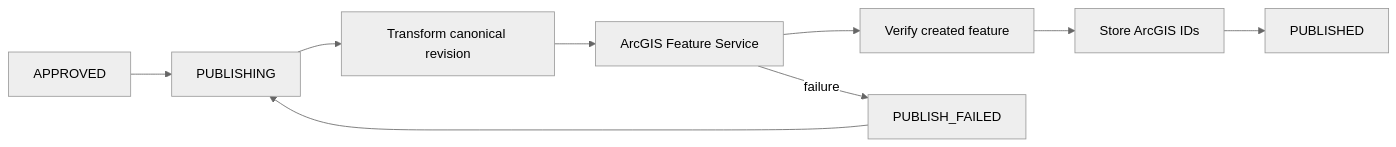
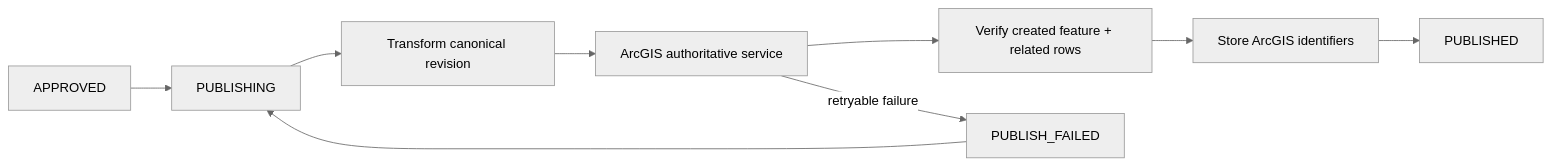
The second of 2 diagrams in docs/NEXT_MOVES.md (UnbrokenMango21/watershed-water-quality-dashboard), drawn with Mermaid (neutral theme) before and after one commit. The commit also changed other lines of this file, not shown here.

````diff
--- a/docs/NEXT_MOVES.md
+++ b/docs/NEXT_MOVES.md
@@ -142,11 +142,11 @@
 ```mermaid
 flowchart LR
     A[APPROVED] --> B[PUBLISHING]
     B --> C[Transform canonical revision]
-    C --> D[ArcGIS Feature Service]
-    D --> E[Verify created feature]
-    E --> F[Store ArcGIS IDs]
+    C --> D[ArcGIS authoritative service]
+    D --> E[Verify created feature + related rows]
+    E --> F[Store ArcGIS identifiers]
     F --> G[PUBLISHED]
-    D -->|failure| H[PUBLISH_FAILED]
+    D -->|retryable failure| H[PUBLISH_FAILED]
     H --> B
 ```
````
